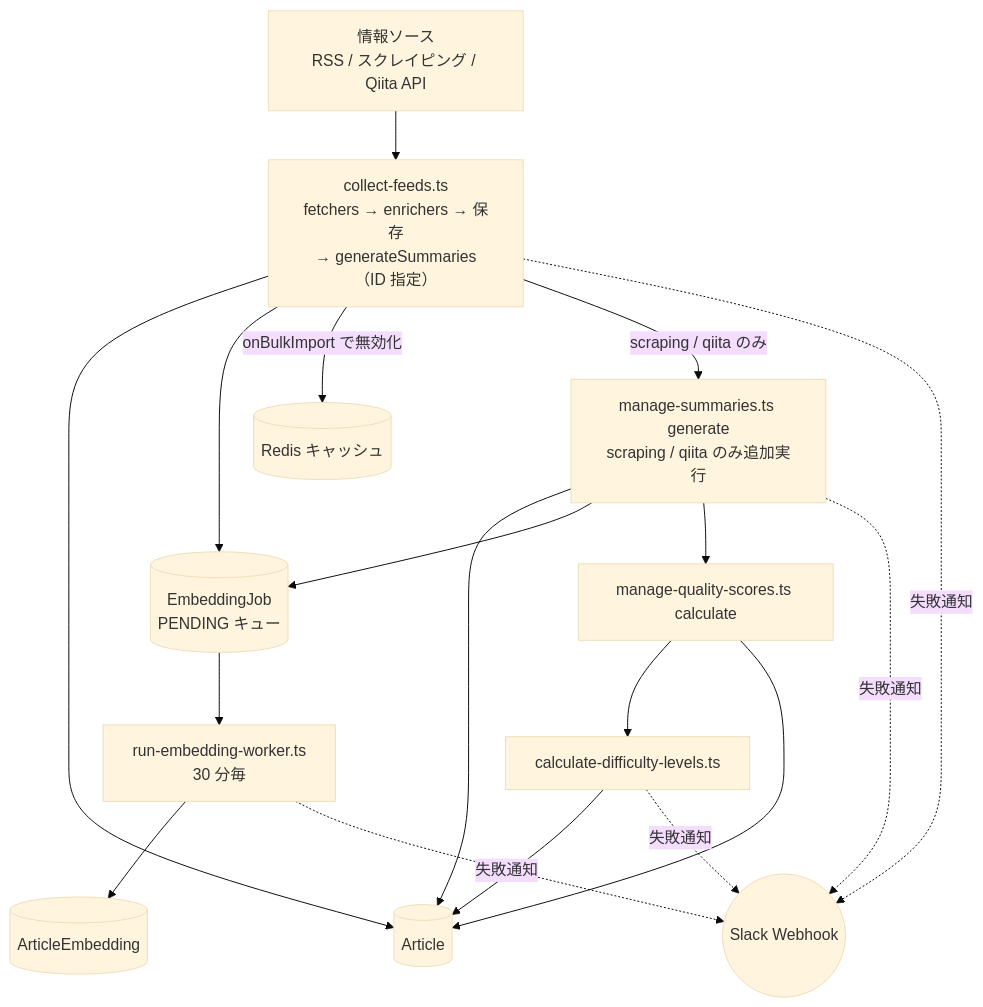
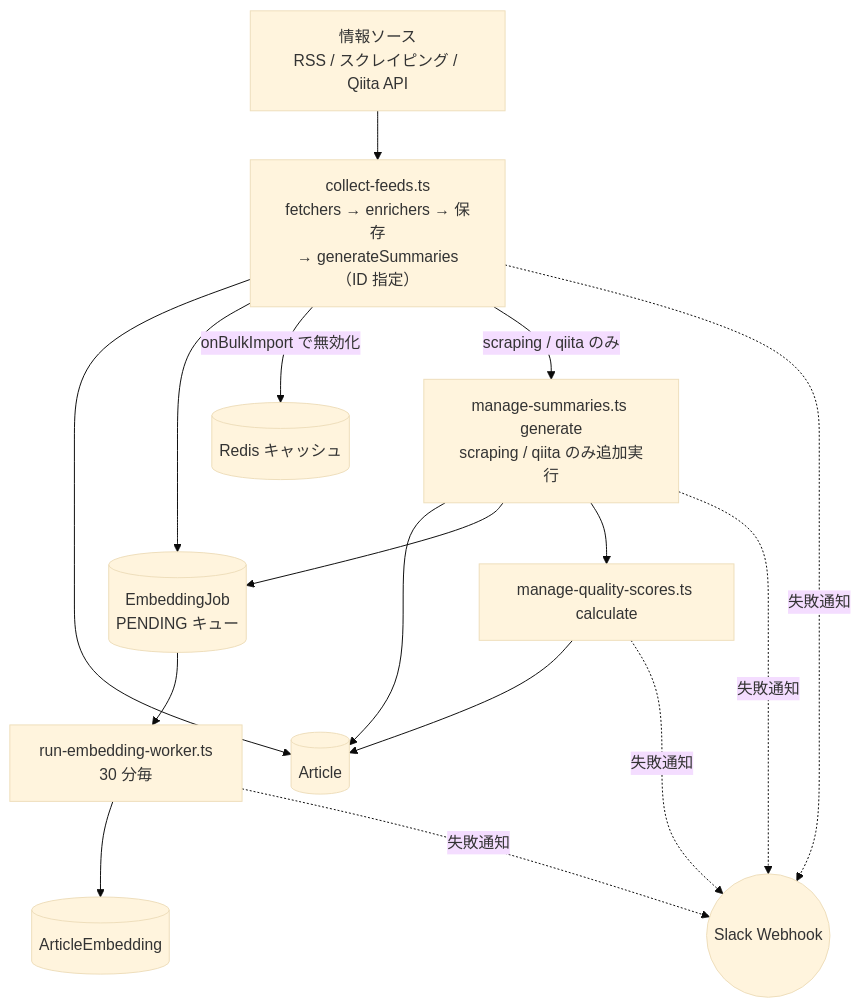
Before and after one commit to pawafulu7/techtrend: the first of 2 diagrams in docs/architecture/02-batch-pipeline.md, drawn with Mermaid (base theme). The commit also changed other lines of this file and 24 other files, not shown here.

````diff
--- a/docs/architecture/02-batch-pipeline.md
+++ b/docs/architecture/02-batch-pipeline.md
@@ -11,35 +11,32 @@
 ```mermaid
 flowchart TD
     Sources["情報ソース<br/>RSS / スクレイピング / Qiita API"]
     CollectFeeds["collect-feeds.ts<br/>fetchers → enrichers → 保存<br/>→ generateSummaries（ID 指定）"]
     ManageSummaries["manage-summaries.ts generate<br/>scraping / qiita のみ追加実行"]
     ManageQuality["manage-quality-scores.ts calculate"]
-    DifficultyLevels["calculate-difficulty-levels.ts"]
     EmbeddingWorker["run-embedding-worker.ts<br/>30 分毎"]
 
     ArticleDB[("Article")]
     EmbeddingJobQ[("EmbeddingJob<br/>PENDING キュー")]
     ArticleEmbeddingDB[("ArticleEmbedding")]
     RedisCache[("Redis キャッシュ")]
 
     Slack(("Slack Webhook"))
 
     Sources --> CollectFeeds
     CollectFeeds --> ArticleDB
     CollectFeeds --> EmbeddingJobQ
     CollectFeeds -->|"onBulkImport で無効化"| RedisCache
     CollectFeeds -->|"scraping / qiita のみ"| ManageSummaries
     ManageSummaries --> ArticleDB
     ManageSummaries --> EmbeddingJobQ
     ManageSummaries --> ManageQuality
-    ManageQuality --> DifficultyLevels
     ManageQuality --> ArticleDB
-    DifficultyLevels --> ArticleDB
     EmbeddingJobQ --> EmbeddingWorker
     EmbeddingWorker --> ArticleEmbeddingDB
 
     CollectFeeds -.->|失敗通知| Slack
     ManageSummaries -.->|失敗通知| Slack
-    DifficultyLevels -.->|失敗通知| Slack
+    ManageQuality -.->|失敗通知| Slack
     EmbeddingWorker -.->|失敗通知| Slack
 ```
````
